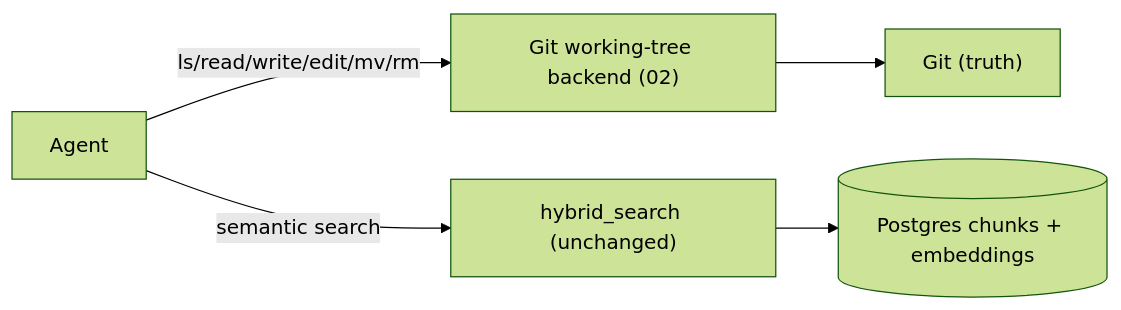
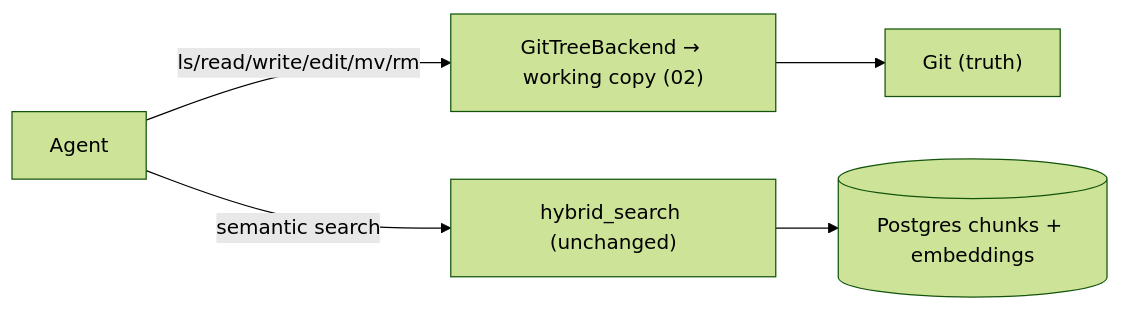
Before and after one commit to MODSetter/SurfSense: the fifth of 9 diagrams in plans/git-native-kb/00b-diagrams.md, drawn with Mermaid (forest theme). The commit also changed other lines of this file and 4 other files, not shown here.

Commit message:
plans: system diagrams, engine vocabulary, and phase 2 status

````diff
--- a/plans/git-native-kb/00b-diagrams.md
+++ b/plans/git-native-kb/00b-diagrams.md
@@ -42,7 +112,7 @@
 ```mermaid
 flowchart LR
-  A["Agent"] -->|"ls/read/write/edit/mv/rm"| B["Git working-tree backend (02)"]
+  A["Agent"] -->|"ls/read/write/edit/mv/rm"| B["GitTreeBackend → working copy (02)"]
   B --> GIT["Git (truth)"]
   A -->|"semantic search"| S["hybrid_search (unchanged)"]
   S --> PG[("Postgres chunks + embeddings")]
 ```
````
